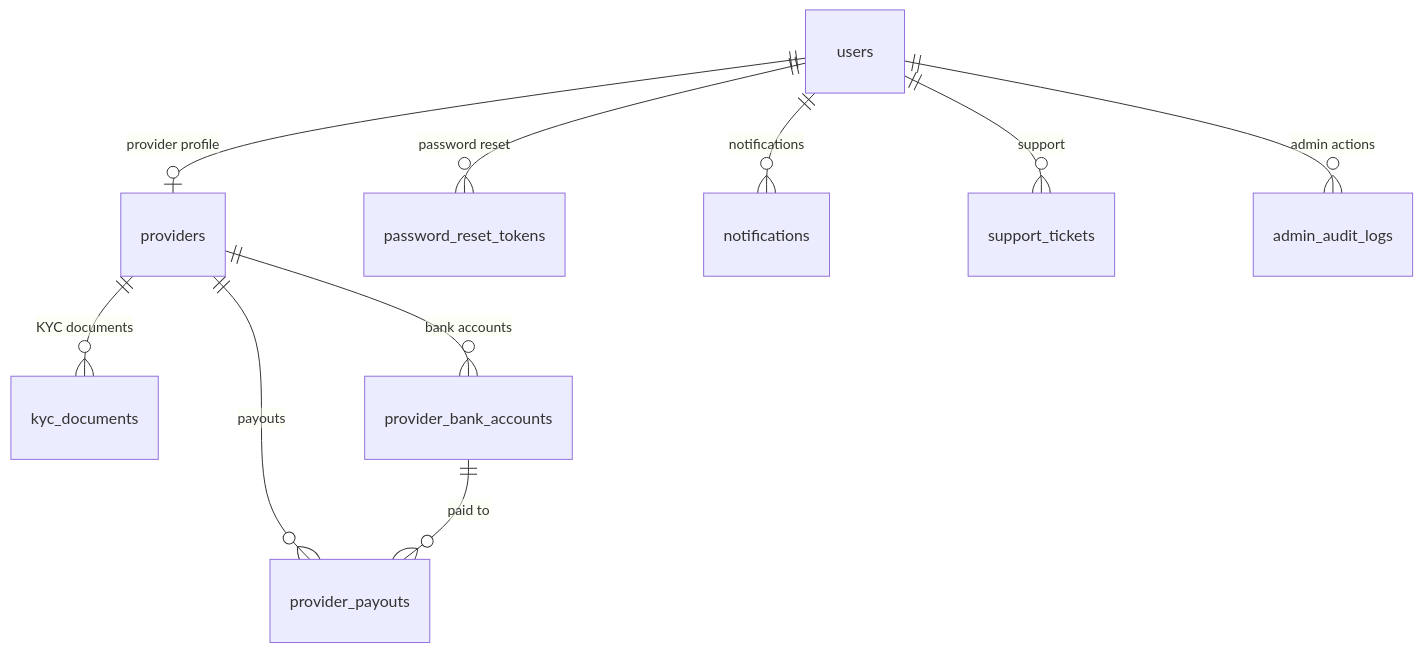
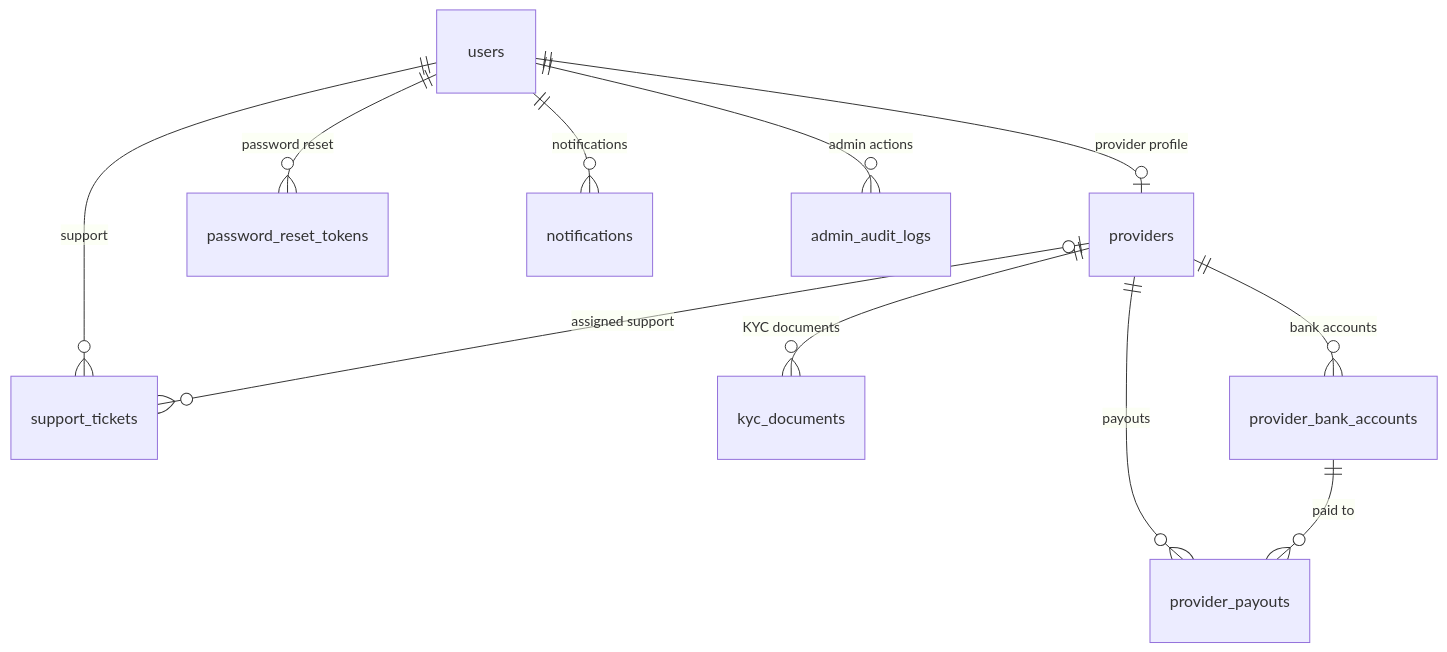
Before and after one commit to 4Raisan/Luxora_v1: the second of 4 diagrams in docs/DATABASE-ERD.md, drawn with Mermaid. The commit also changed other lines of this file and 6 other files, not shown here.

Commit message:
Diagram updates

````diff
--- a/docs/DATABASE-ERD.md
+++ b/docs/DATABASE-ERD.md
@@ -215,12 +217,13 @@
 ```mermaid
 erDiagram
     users ||--o| providers : "provider profile"
     users ||--o{ password_reset_tokens : "password reset"
     users ||--o{ notifications : "notifications"
     users ||--o{ support_tickets : "support"
     users ||--o{ admin_audit_logs : "admin actions"
     providers ||--o{ kyc_documents : "KYC documents"
     providers ||--o{ provider_bank_accounts : "bank accounts"
     providers ||--o{ provider_payouts : "payouts"
+    providers |o--o{ support_tickets : "assigned support"
     provider_bank_accounts ||--o{ provider_payouts : "paid to"
 ```
````
